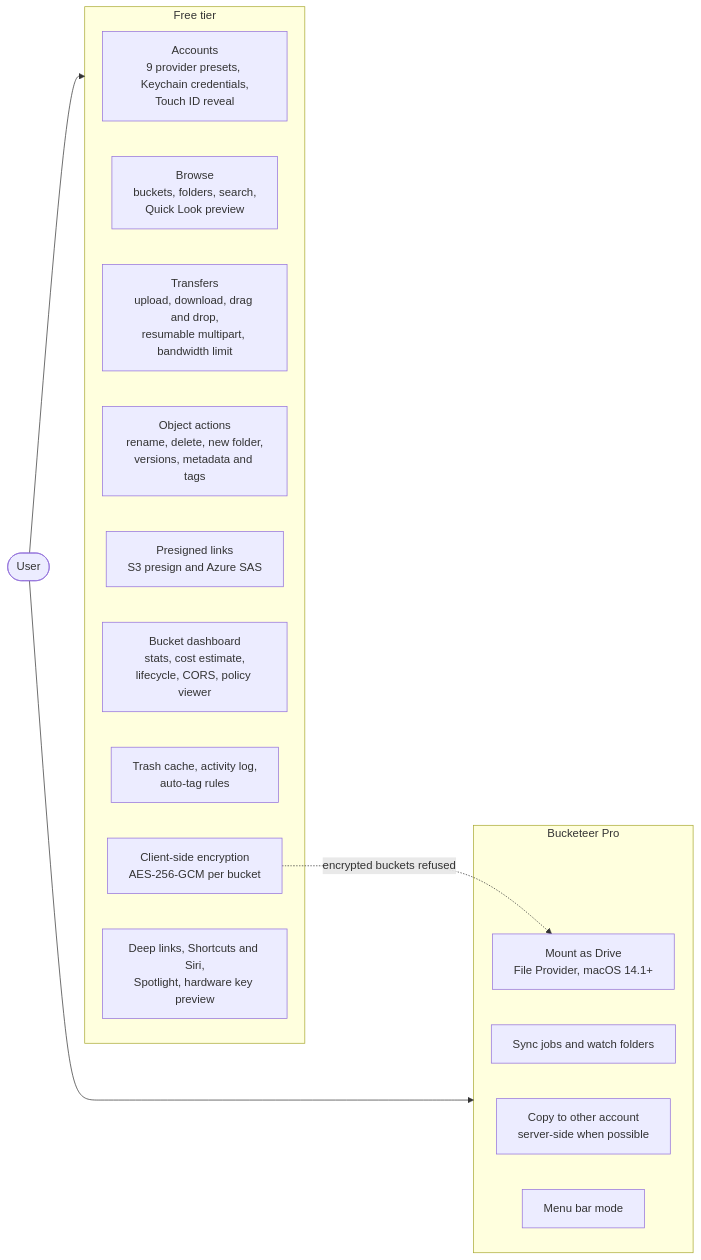
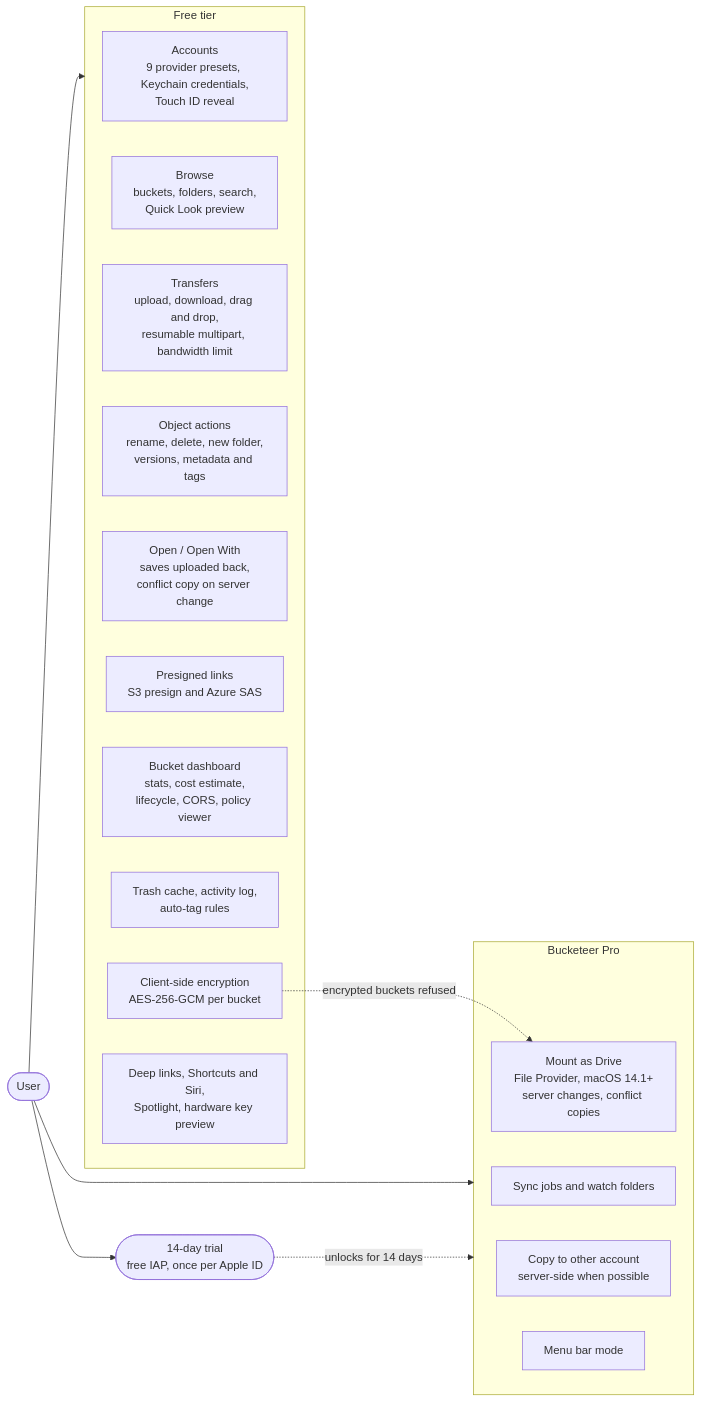
Before and after one commit to digitalfreedom-co-za/bucketeer: the first of 20 diagrams in docs/ARCHITECTURE.md, drawn with Mermaid. The commit also changed other lines of this file and 21 other files, not shown here.

First line of the commit message:
docs: describe trial IAP, Open With round-trip and Finder conflicts

````diff
--- a/docs/ARCHITECTURE.md
+++ b/docs/ARCHITECTURE.md
@@ -19,27 +19,32 @@
 ```mermaid
 flowchart LR
     User(["User"])
 
     subgraph Free["Free tier"]
         Accounts["Accounts<br/>9 provider presets, Keychain credentials,<br/>Touch ID reveal"]
         Browse["Browse<br/>buckets, folders, search,<br/>Quick Look preview"]
         Transfer["Transfers<br/>upload, download, drag and drop,<br/>resumable multipart, bandwidth limit"]
         Objects["Object actions<br/>rename, delete, new folder,<br/>versions, metadata and tags"]
+        OpenWith["Open / Open With<br/>saves uploaded back,<br/>conflict copy on server change"]
         Share["Presigned links<br/>S3 presign and Azure SAS"]
         Insight["Bucket dashboard<br/>stats, cost estimate,<br/>lifecycle, CORS, policy viewer"]
         Safety["Trash cache, activity log,<br/>auto-tag rules"]
         CSE["Client-side encryption<br/>AES-256-GCM per bucket"]
         System["Deep links, Shortcuts and Siri,<br/>Spotlight, hardware key preview"]
     end
 
     subgraph Pro["Bucketeer Pro"]
-        Mount["Mount as Drive<br/>File Provider, macOS 14.1+"]
+        Mount["Mount as Drive<br/>File Provider, macOS 14.1+<br/>server changes, conflict copies"]
         Sync["Sync jobs and watch folders"]
         Cross["Copy to other account<br/>server-side when possible"]
         Menubar["Menu bar mode"]
     end
 
+    Trial(["14-day trial<br/>free IAP, once per Apple ID"])
+
     User --> Free
     User --> Pro
+    User --> Trial
+    Trial -.->|"unlocks for 14 days"| Pro
     CSE -.->|"encrypted buckets refused"| Mount
 ```
````
